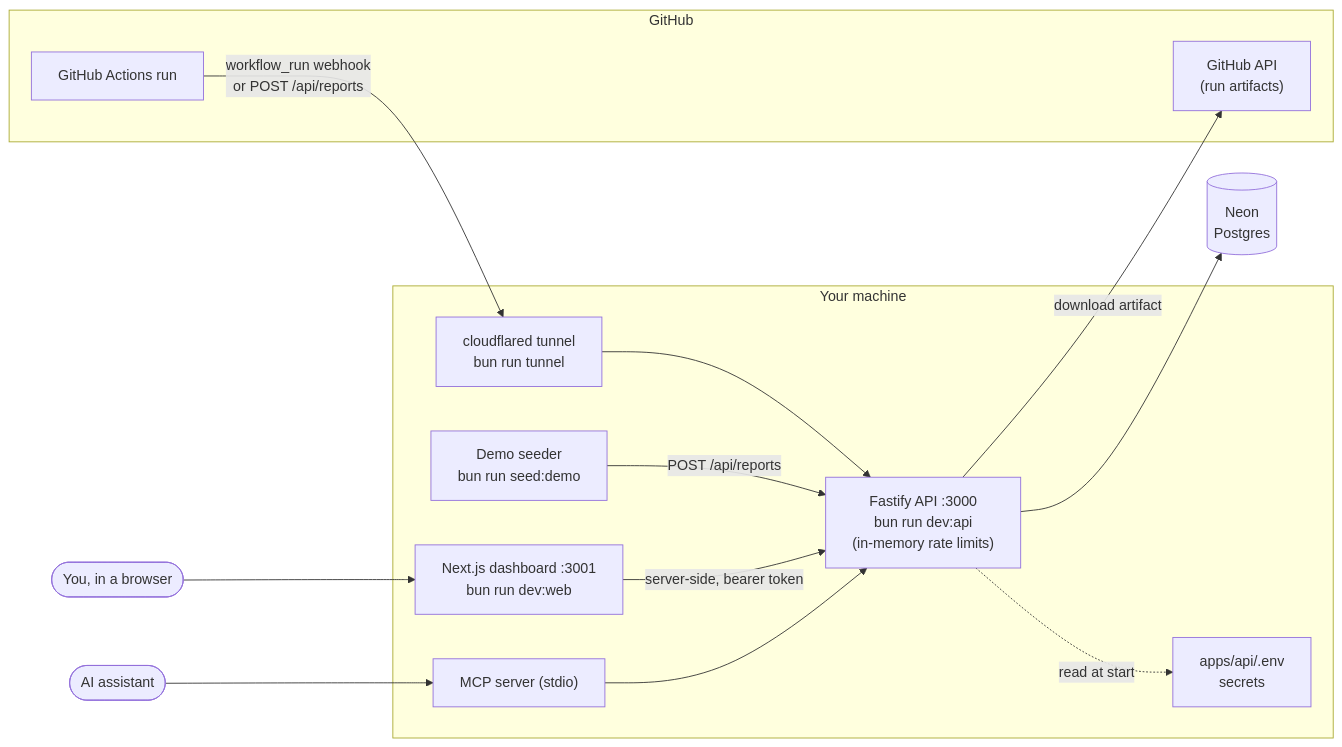
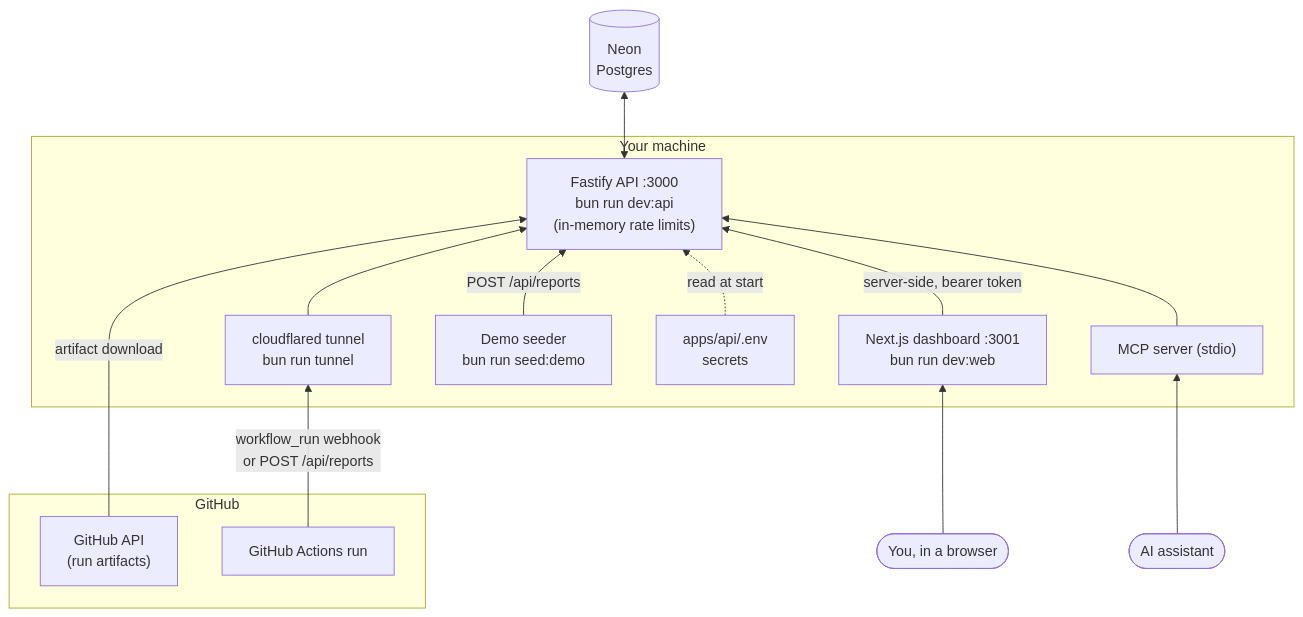
Before and after one commit to glennmcd/flakehunter: the second of 2 diagrams in README.md, drawn with Mermaid. The commit also changed other lines of this file, not shown here.

Commit message:
fix(docs): update architecture diagrams for AWS and local setup in README

````diff
--- a/README.md
+++ b/README.md
@@ -56,31 +56,31 @@
 ```mermaid
-flowchart LR
-  subgraph GitHub
-    GA["GitHub Actions run"]
-    GHAPI["GitHub API<br/>(run artifacts)"]
-  end
-
+flowchart BT
   subgraph Machine["Your machine"]
     T["cloudflared tunnel<br/>bun run tunnel"]
     API["Fastify API :3000<br/>bun run dev:api<br/>(in-memory rate limits)"]
     ENV["apps/api/.env<br/>secrets"]
     WEB["Next.js dashboard :3001<br/>bun run dev:web"]
     SEED["Demo seeder<br/>bun run seed:demo"]
     MCP["MCP server (stdio)"]
   end
 
+  subgraph GitHub
+    GA["GitHub Actions run"]
+    GHAPI["GitHub API<br/>(run artifacts)"]
+  end
+
   DB[("Neon<br/>Postgres")]
   U(["You, in a browser"])
   AI(["AI assistant"])
 
   GA -- "workflow_run webhook<br/>or POST /api/reports" --> T
+  GHAPI -- "artifact download" --> API
   T --> API
   SEED -- "POST /api/reports" --> API
-  API -- "download artifact" --> GHAPI
-  API --> DB
-  API -. "read at start" .-> ENV
+  ENV -. "read at start" .-> API
+  API <--> DB
   U --> WEB
   WEB -- "server-side, bearer token" --> API
   AI --> MCP
   MCP --> API
 ```
````
